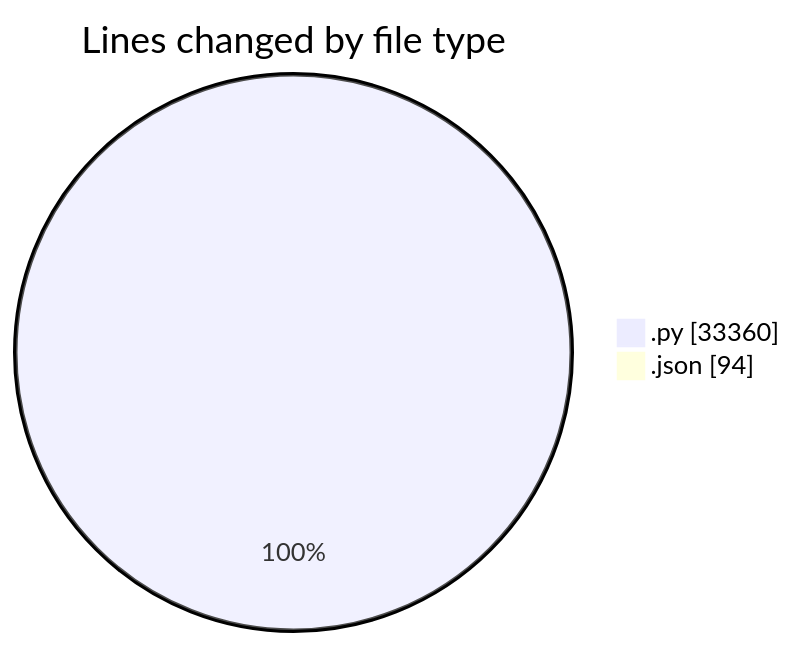
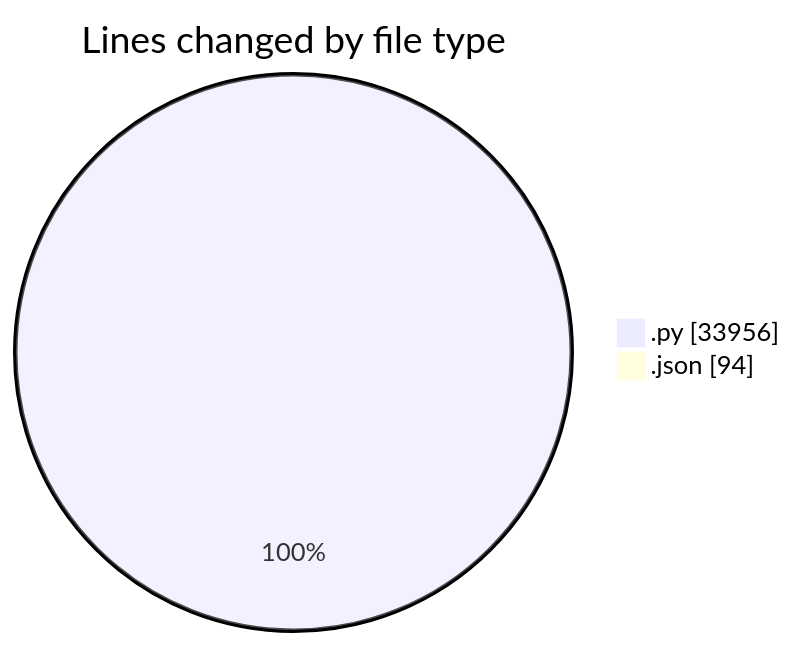
One commit to jrari/code-tracking changed the first of 2 diagrams in 2025-07-14/telebot/README.md. Above: the diagram before and after it, drawn with Mermaid. The commit also changed other lines of this file and 1 other file, not shown here.

````diff
--- a/2025-07-14/telebot/README.md
+++ b/2025-07-14/telebot/README.md
@@ -56,6 +57,6 @@
 ```mermaid
 pie showData
 title Lines changed by file type
-".py" : 33360
+".py" : 33956
 ".json" : 94
 ```
````
